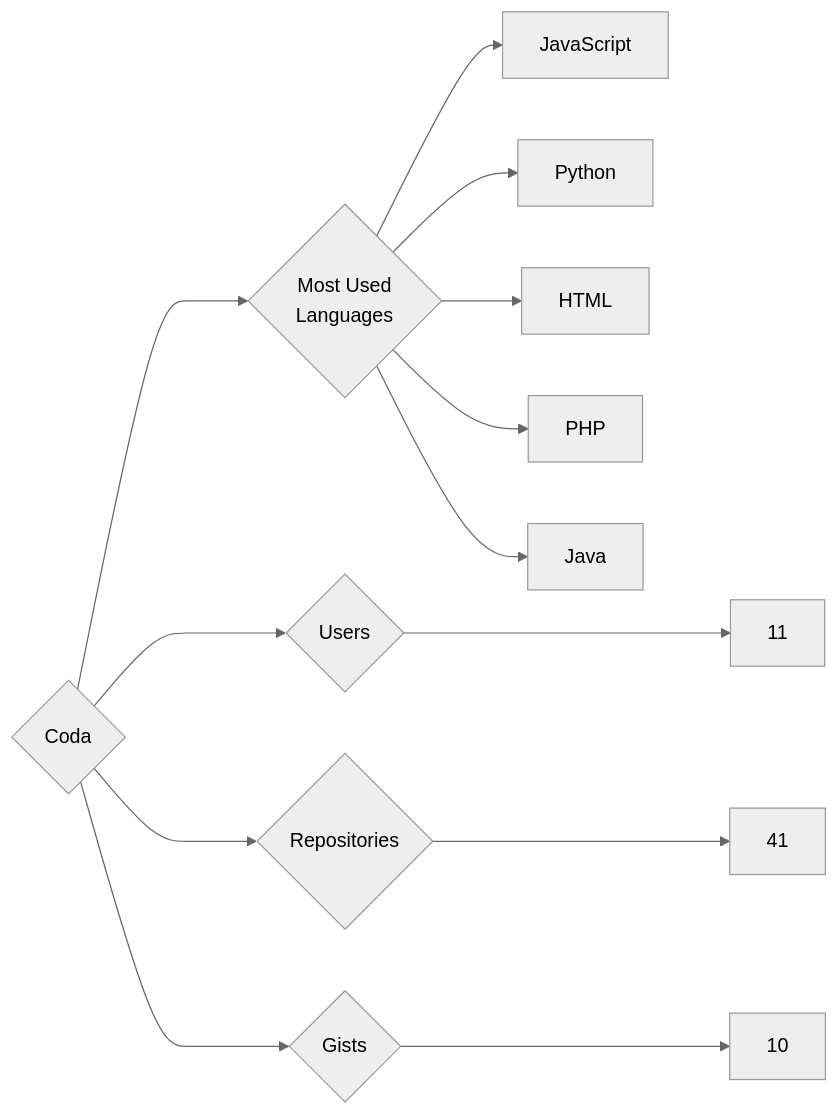
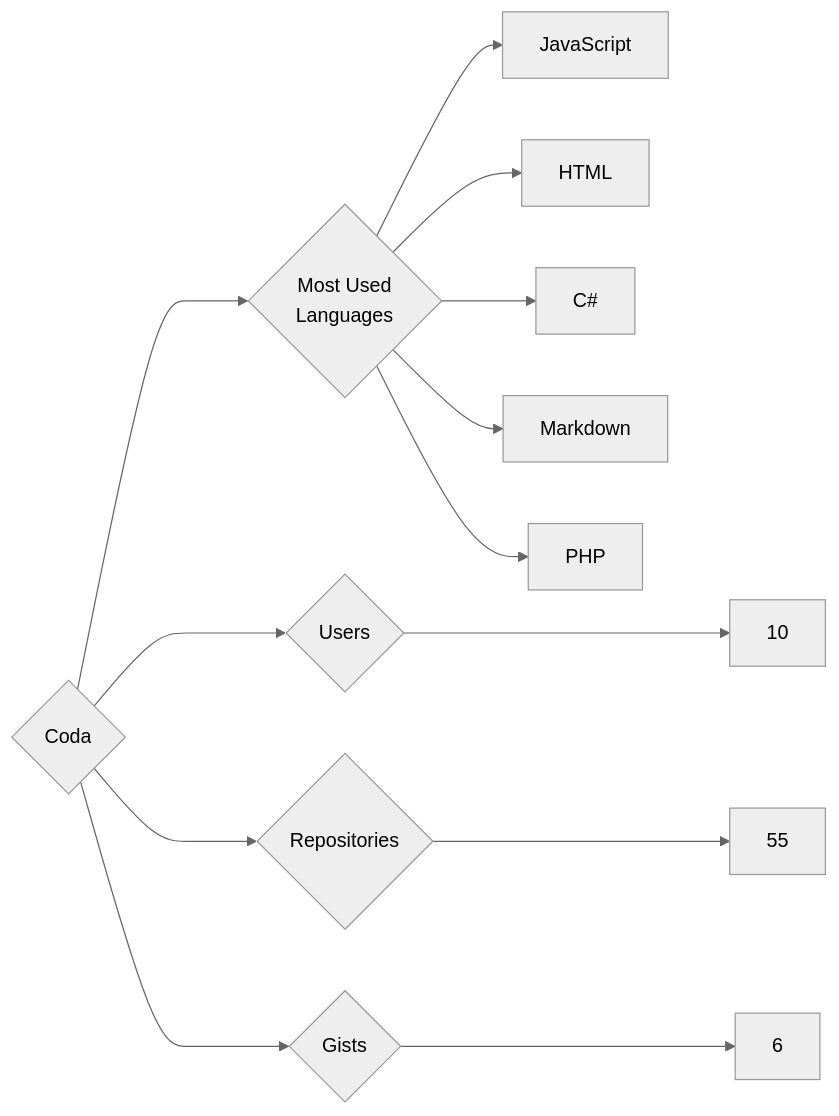
One commit to trickest/insiders changed the diagram in targets/Coda/README.md. Above: the diagram before and after it, drawn with Mermaid (neutral theme). The commit also changed 965 other files, not shown here.

````diff
--- a/targets/Coda/README.md
+++ b/targets/Coda/README.md
@@ -3,13 +3,13 @@
 ```mermaid
 graph LR
 COMPANY_NAME{Coda}
-COMPANY_NAME ---> U{Users} ---> UN[11]
-COMPANY_NAME ---> R{Repositories} ---> RN[41]
-COMPANY_NAME ---> G{Gists} ---> GN[10]
+COMPANY_NAME ---> U{Users} ---> UN[10]
+COMPANY_NAME ---> R{Repositories} ---> RN[55]
+COMPANY_NAME ---> G{Gists} ---> GN[6]
 COMPANY_NAME ---> ML{Most Used<br>Languages}
 ML --> JavaScript[JavaScript]
-ML --> Python[Python]
 ML --> HTML[HTML]
+ML --> C#[C#]
+ML --> Markdown[Markdown]
 ML --> PHP[PHP]
-ML --> Java[Java]
 ```
````
